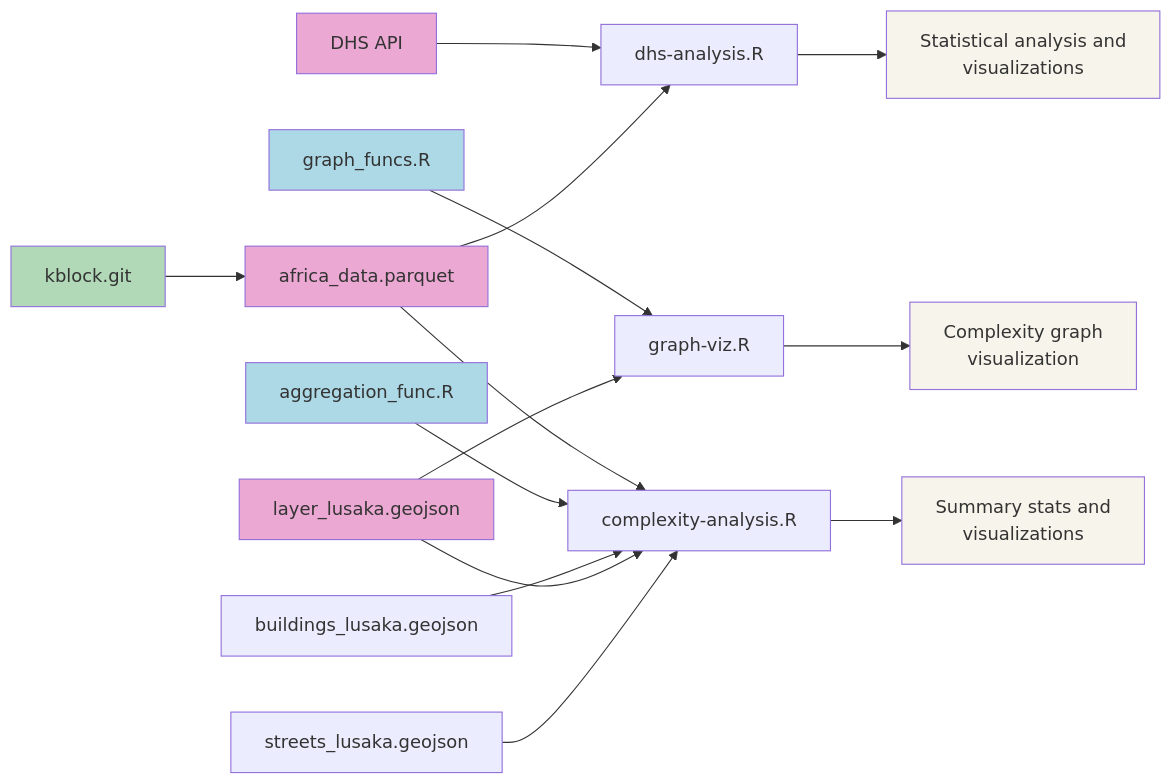
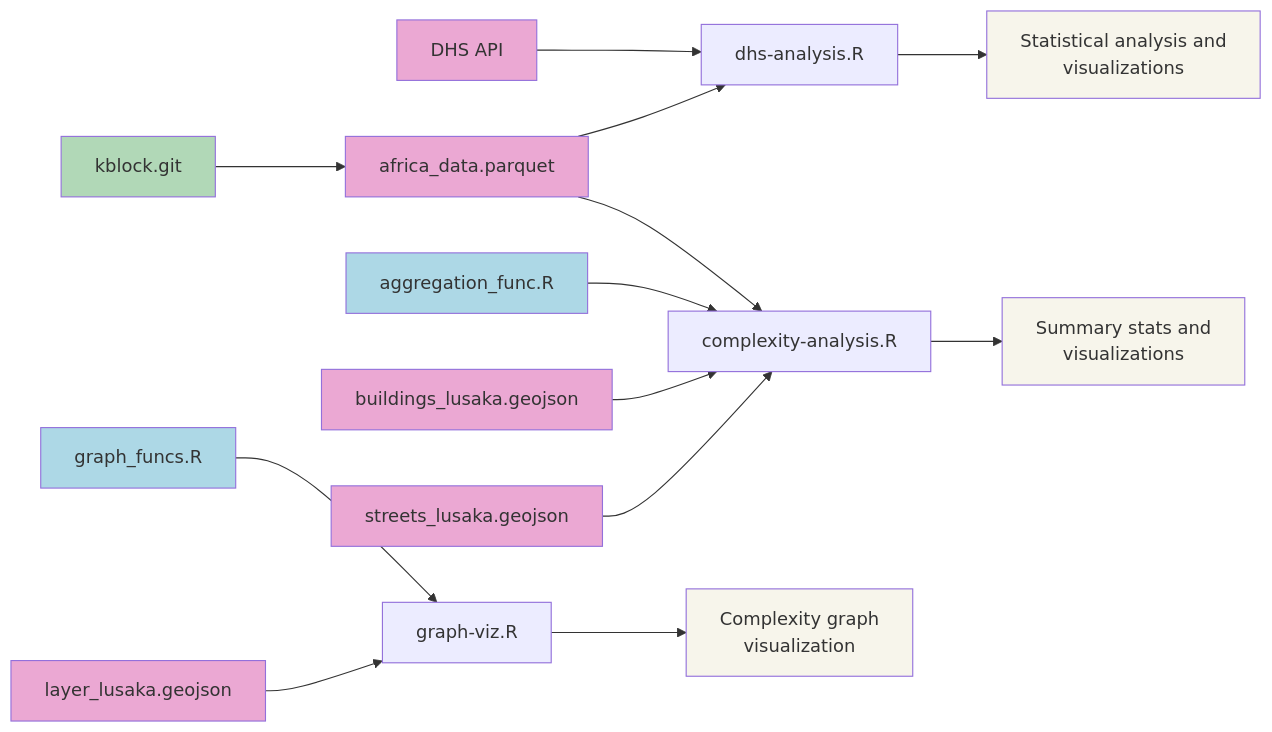
One commit to mansueto-institute/kblock-analysis changed the diagram in ReadMe.md. Above: the diagram before and after it, drawn with Mermaid.

````diff
--- a/ReadMe.md
+++ b/ReadMe.md
@@ -22,32 +22,33 @@
 ```mermaid
 graph LR
 G[DHS API] --> C
 A[africa_data.parquet] --> B[complexity-analysis.R]
 E[aggregation_func.R] --> B
 A --> C[dhs-analysis.R]
 B --> Z[Summary stats and<br>visualizations]
 C --> X[Statistical analysis and<br>visualizations]
 Q[kblock.git] --> A
 
 F[graph_funcs.R] --> D[graph-viz.R]
 J[layer_lusaka.geojson] --> D
 
 K[buildings_lusaka.geojson] --> B
-J[layer_lusaka.geojson] --> B
 L[streets_lusaka.geojson] --> B
 
 D --> Y[Complexity graph<br>visualization]
 
 style A fill:#eba8d3
 style G fill:#eba8d3
 style J fill:#eba8d3
+style K fill:#eba8d3
+style L fill:#eba8d3
 
 style Z fill: #f7f5eb
 style X fill: #f7f5eb
 style Y fill: #f7f5eb
 
 style F fill: #ADD8E6
 style E fill: #ADD8E6
 
 style Q fill: #b1d8b7
 ```
````
